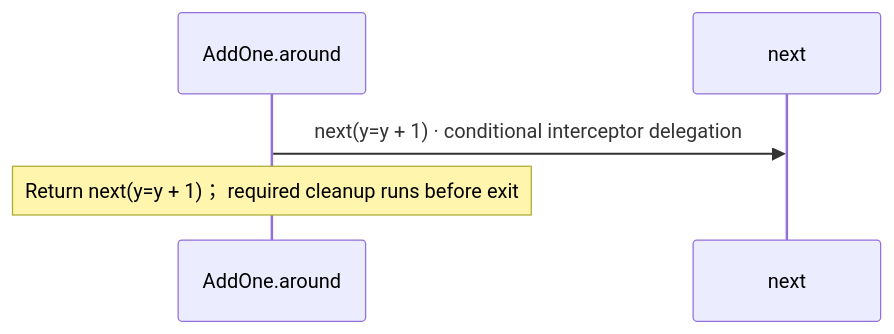
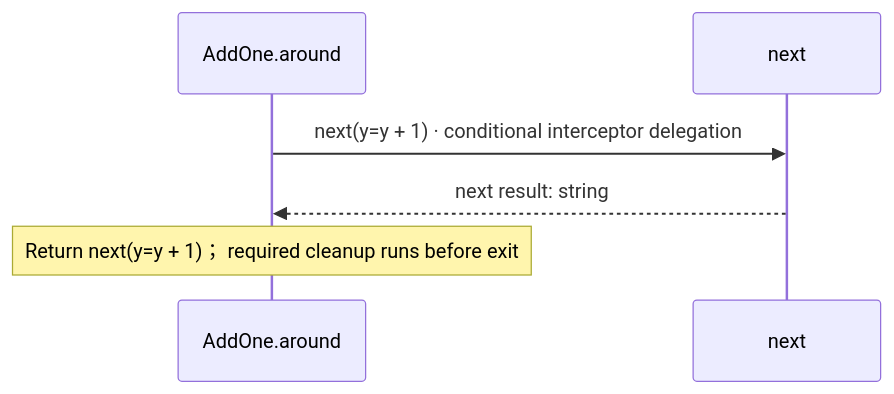
Before and after one commit to GreenPandaStudios/augscript: the fourth of 4 diagrams in docs/examples/interceptors/interceptors-diagrams.md, drawn with Mermaid. The commit also changed other lines of this file and 304 other files, not shown here.

Commit message:
Make generated data-flow sequences concise and review every diagram

````diff
--- a/docs/examples/interceptors/interceptors-diagrams.md
+++ b/docs/examples/interceptors/interceptors-diagrams.md
@@ -101,7 +85,8 @@
 ```mermaid
 sequenceDiagram
     participant p0 as AddOne.around
     participant p1 as next
     p0->>p1: next(y=y + 1) · conditional interceptor delegation
+    p1-->>p0: next result: string
     Note over p0: Return next(y=y + 1)； required cleanup runs before exit
 ```
````
